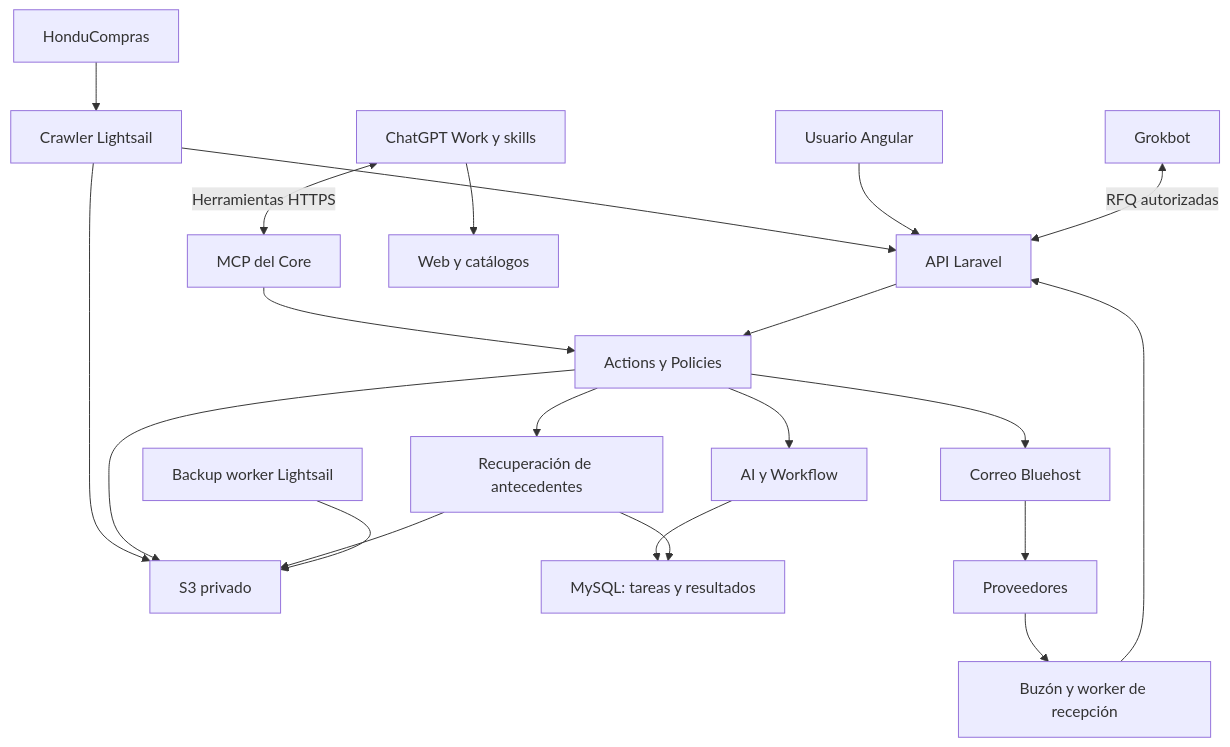
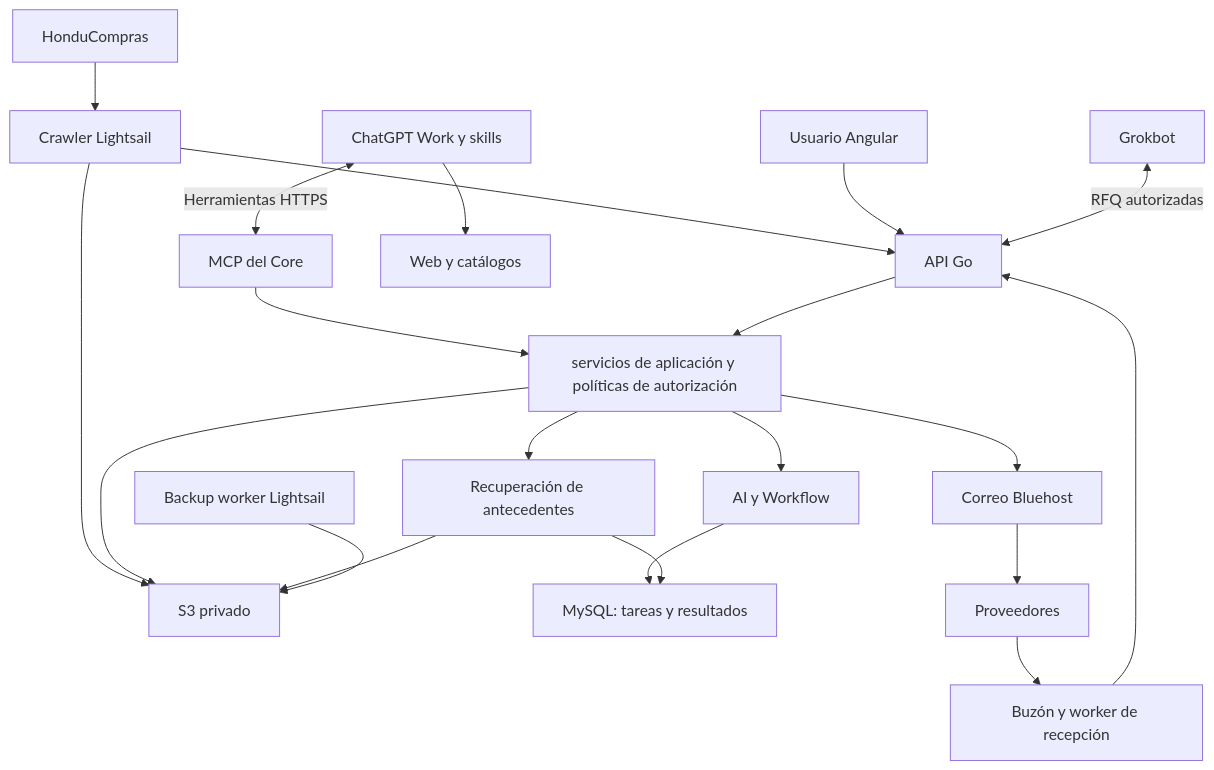
Before and after one commit to Ahcast/Bastion: the diagram in docs/architecture/ai-integration.md, drawn with Mermaid. The commit also changed other lines of this file and 205 other files, not shown here.

````diff
--- a/docs/architecture/ai-integration.md
+++ b/docs/architecture/ai-integration.md
@@ -27,23 +27,23 @@
 ```mermaid
 flowchart TB
     HC["HonduCompras"] --> CR["Crawler Lightsail"]
     CR --> S3["S3 privado"]
-    CR --> API["API Laravel"]
+    CR --> API["API Go"]
     USER["Usuario Angular"] --> API
     WORK["ChatGPT Work y skills"] <-->|Herramientas HTTPS| MCP["MCP del Core"]
     WORK --> WEB["Web y catálogos"]
-    MCP --> ACT["Actions y Policies"]
+    MCP --> ACT["servicios de aplicación y políticas de autorización"]
     API --> ACT
     ACT --> AI["AI y Workflow"]
     AI --> DB["MySQL: tareas y resultados"]
     ACT --> S3
     ACT --> RET["Recuperación de antecedentes"]
     RET --> DB
     RET --> S3
     GROK["Grokbot"] <-->|RFQ autorizadas| API
     ACT --> MAIL["Correo Bluehost"]
     MAIL --> SUP["Proveedores"]
     SUP --> IN["Buzón y worker de recepción"]
     IN --> API
     BW["Backup worker Lightsail"] --> S3
 ```
````
